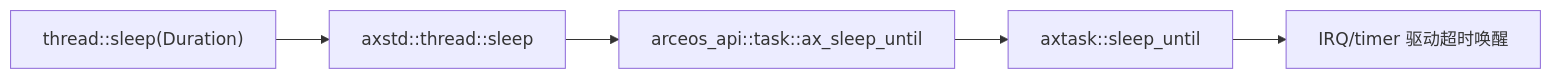
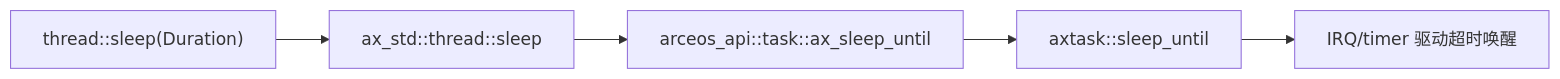
Before and after one commit to rcore-os/tgoskits: the first of 2 diagrams in docs/crates/arceos-sleep.md, drawn with Mermaid. The commit also changed other lines of this file and 153 other files, not shown here.

Commit message:
rename axstd to ax-std

````diff
--- a/docs/crates/arceos-sleep.md
+++ b/docs/crates/arceos-sleep.md
@@ -26,7 +26,7 @@
 ```mermaid
 flowchart LR
-    A["thread::sleep(Duration)"] --> B["axstd::thread::sleep"]
+    A["thread::sleep(Duration)"] --> B["ax_std::thread::sleep"]
     B --> C["arceos_api::task::ax_sleep_until"]
     C --> D["axtask::sleep_until"]
     D --> E["IRQ/timer 驱动超时唤醒"]
 ```
````
